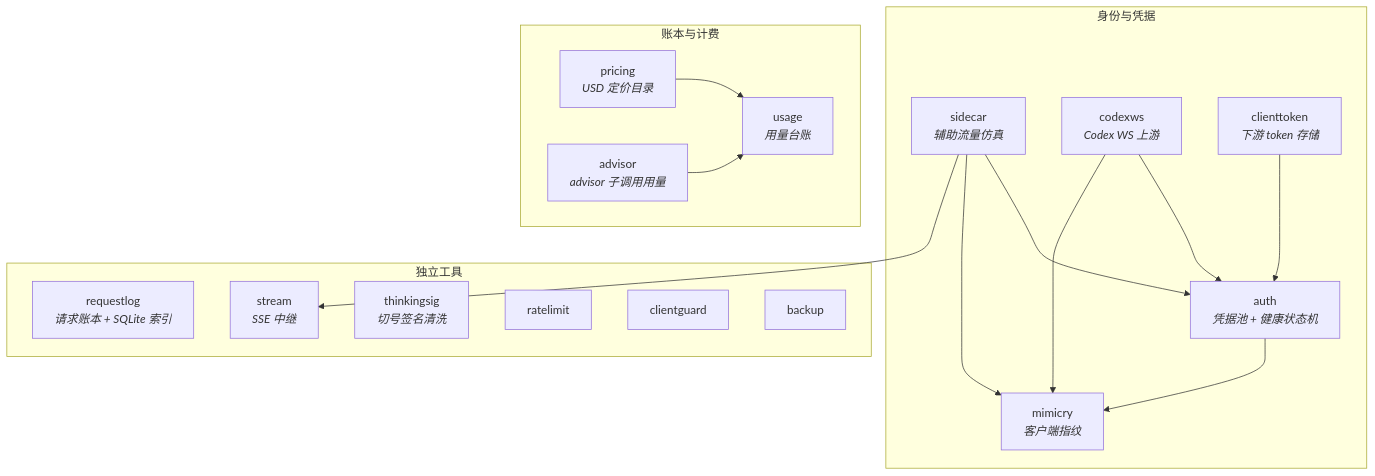
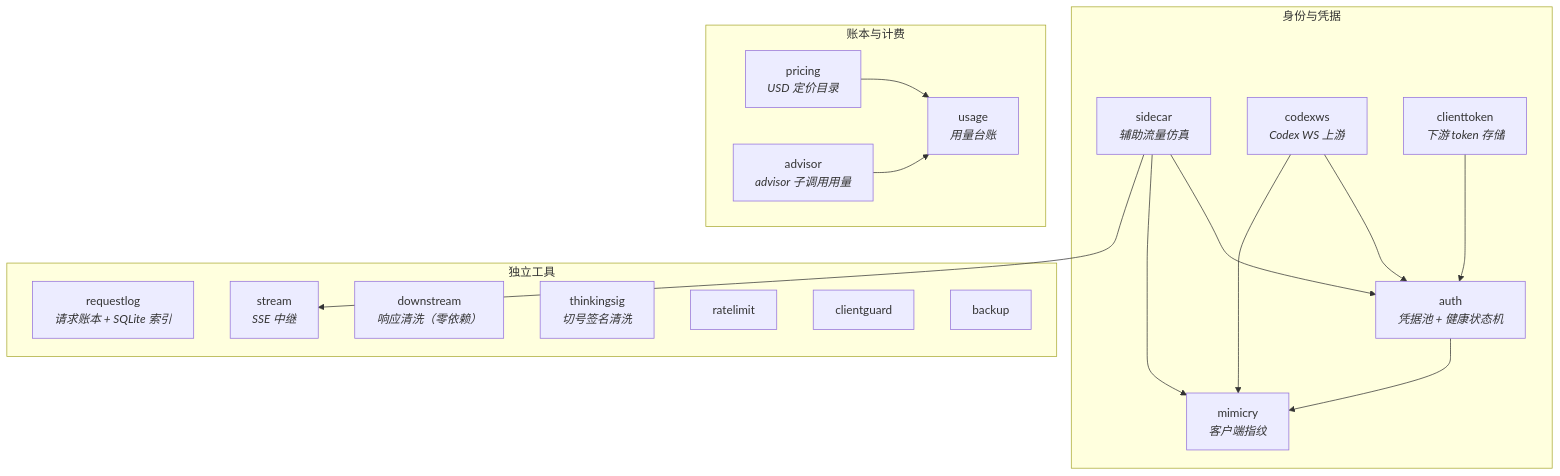
One commit to wjsoj/cc-core changed the first of 2 diagrams in docs/wiki/Architecture.md. Above: the diagram before and after it, drawn with Mermaid. The commit also changed other lines of this file and 9 other files, not shown here.

````diff
--- a/docs/wiki/Architecture.md
+++ b/docs/wiki/Architecture.md
@@ -24,33 +24,34 @@
 ```mermaid
 flowchart TD
   subgraph 身份与凭据
     mimicry["mimicry<br/><i>客户端指纹</i>"]
     auth["auth<br/><i>凭据池 + 健康状态机</i>"]
     sidecar["sidecar<br/><i>辅助流量仿真</i>"]
     codexws["codexws<br/><i>Codex WS 上游</i>"]
     clienttoken["clienttoken<br/><i>下游 token 存储</i>"]
   end
   subgraph 账本与计费
     usage["usage<br/><i>用量台账</i>"]
     pricing["pricing<br/><i>USD 定价目录</i>"]
     advisor["advisor<br/><i>advisor 子调用用量</i>"]
   end
   subgraph 独立工具
     requestlog["requestlog<br/><i>请求账本 + SQLite 索引</i>"]
     stream["stream<br/><i>SSE 中继</i>"]
+    downstream["downstream<br/><i>响应清洗（零依赖）</i>"]
     thinkingsig["thinkingsig<br/><i>切号签名清洗</i>"]
     ratelimit["ratelimit"]
     clientguard["clientguard"]
     backup["backup"]
   end
 
   auth --> mimicry
   sidecar --> auth
   sidecar --> mimicry
   sidecar --> stream
   codexws --> auth
   codexws --> mimicry
   clienttoken --> auth
   pricing --> usage
   advisor --> usage
 ```
````
